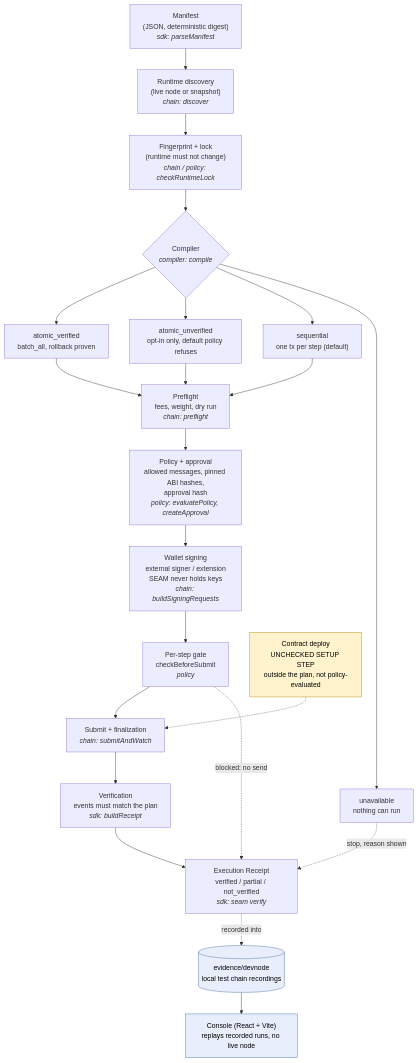
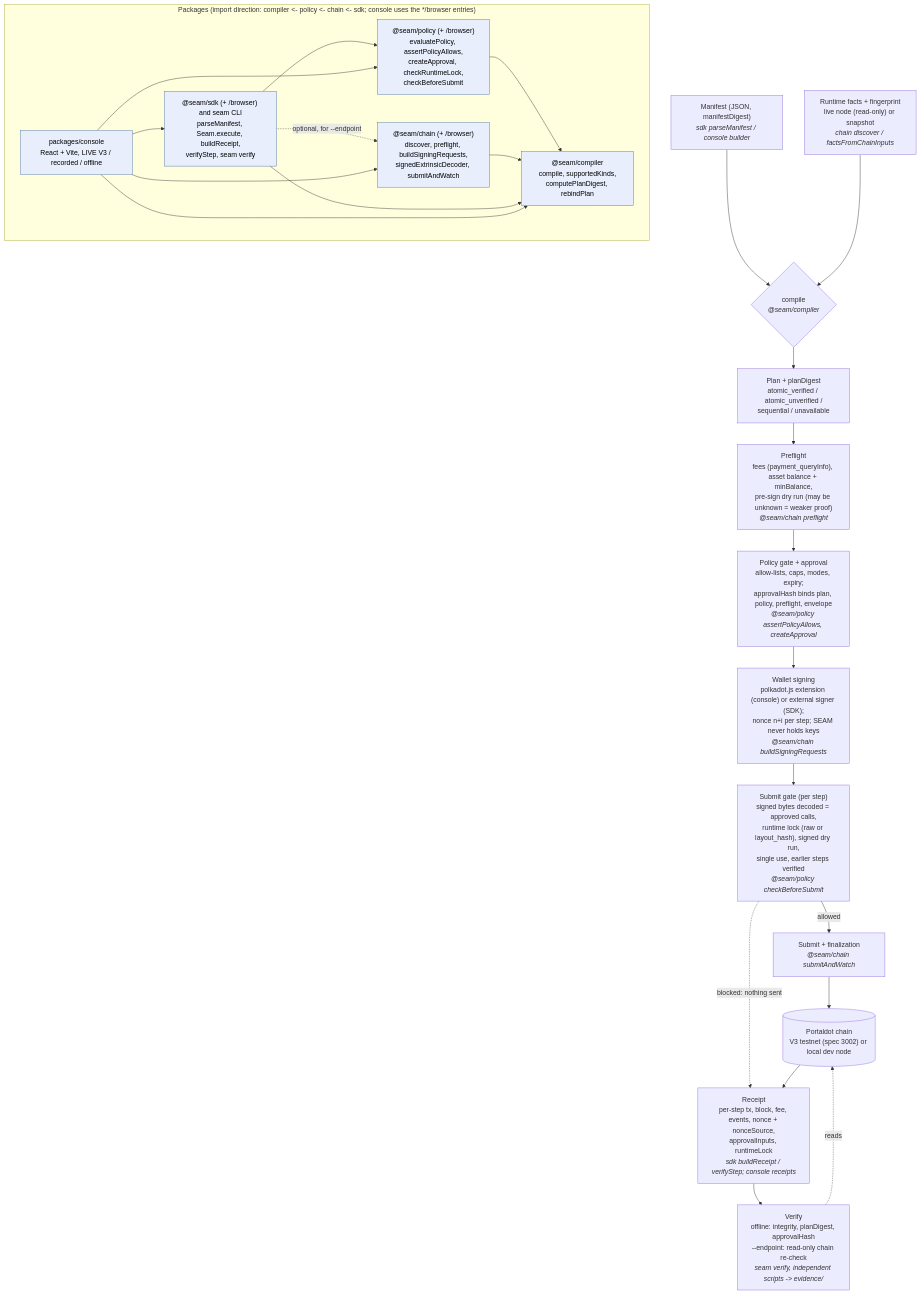
Before and after one commit to rishu4436/seam-portaldot: the diagram in docs/img/architecture.mmd, drawn with Mermaid. The commit also changed 13 other files, not shown here.

```diff
--- a/docs/img/architecture.mmd
+++ b/docs/img/architecture.mmd
@@ -1,33 +1,42 @@
 flowchart TB
-  M["Manifest<br/>(JSON, deterministic digest)<br/><i>sdk: parseManifest</i>"]
-  D["Runtime discovery<br/>(live node or snapshot)<br/><i>chain: discover</i>"]
-  F["Fingerprint + lock<br/>(runtime must not change)<br/><i>chain / policy: checkRuntimeLock</i>"]
-  C{"Compiler<br/><i>compiler: compile</i>"}
-  A1["atomic_verified<br/>batch_all, rollback proven"]
-  A2["atomic_unverified<br/>opt-in only, default policy refuses"]
-  A3["sequential<br/>one tx per step (default)"]
-  A4["unavailable<br/>nothing can run"]
-  P["Preflight<br/>fees, weight, dry run<br/><i>chain: preflight</i>"]
-  PO["Policy + approval<br/>allowed messages, pinned ABI hashes,<br/>approval hash<br/><i>policy: evaluatePolicy, createApproval</i>"]
-  W["Wallet signing<br/>external signer / extension<br/>SEAM never holds keys<br/><i>chain: buildSigningRequests</i>"]
-  G["Per-step gate<br/>checkBeforeSubmit<br/><i>policy</i>"]
-  S["Submit + finalization<br/><i>chain: submitAndWatch</i>"]
-  V["Verification<br/>events must match the plan<br/><i>sdk: buildReceipt</i>"]
-  R["Execution Receipt<br/>verified / partial / not_verified<br/><i>sdk: seam verify</i>"]
-  CON["Console (React + Vite)<br/>replays recorded runs, no live node"]
-  EV[("evidence/devnode<br/>local test chain recordings")]
-  SETUP["Contract deploy<br/>UNCHECKED SETUP STEP<br/>outside the plan, not policy-evaluated"]
+  subgraph PKG["Packages (import direction: compiler <- policy <- chain <- sdk; console uses the */browser entries)"]
+    direction LR
+    PC["@seam/compiler<br/>compile, supportedKinds,<br/>computePlanDigest, rebindPlan"]
+    PP["@seam/policy (+ /browser)<br/>evaluatePolicy, assertPolicyAllows,<br/>createApproval, checkRuntimeLock,<br/>checkBeforeSubmit"]
+    PH["@seam/chain (+ /browser)<br/>discover, preflight, buildSigningRequests,<br/>signedExtrinsicDecoder, submitAndWatch"]
+    PS["@seam/sdk (+ /browser) and seam CLI<br/>parseManifest, Seam.execute, buildReceipt,<br/>verifyStep, seam verify"]
+    PU["packages/console<br/>React + Vite, LIVE V3 / recorded / offline"]
+    PP --> PC
+    PH --> PC
+    PS --> PC
+    PS --> PP
+    PS -. "optional, for --endpoint" .-> PH
+    PU --> PC
+    PU --> PP
+    PU --> PH
+    PU --> PS
+  end
 
-  M --> D --> F --> C
-  C --> A1 & A2 & A3 & A4
-  A1 & A2 & A3 --> P --> PO --> W --> G --> S --> V --> R
-  A4 -. "stop, reason shown" .-> R
-  G -. "blocked: no send" .-> R
-  SETUP -.-> S
-  EV --> CON
-  R -. "recorded into" .-> EV
+  M["Manifest (JSON, manifestDigest)<br/><i>sdk parseManifest / console builder</i>"]
+  D["Runtime facts + fingerprint<br/>live node (read-only) or snapshot<br/><i>chain discover / factsFromChainInputs</i>"]
+  C{"compile<br/><i>@seam/compiler</i>"}
+  PL["Plan + planDigest<br/>atomic_verified / atomic_unverified /<br/>sequential / unavailable"]
+  P["Preflight<br/>fees (payment_queryInfo), asset balance + minBalance,<br/>pre-sign dry run (may be unknown = weaker proof)<br/><i>@seam/chain preflight</i>"]
+  PO["Policy gate + approval<br/>allow-lists, caps, modes, expiry;<br/>approvalHash binds plan, policy, preflight, envelope<br/><i>@seam/policy assertPolicyAllows, createApproval</i>"]
+  W["Wallet signing<br/>polkadot.js extension (console) or external signer (SDK);<br/>nonce n+i per step; SEAM never holds keys<br/><i>@seam/chain buildSigningRequests</i>"]
+  G["Submit gate (per step)<br/>signed bytes decoded = approved calls,<br/>runtime lock (raw or layout_hash), signed dry run,<br/>single use, earlier steps verified<br/><i>@seam/policy checkBeforeSubmit</i>"]
+  S["Submit + finalization<br/><i>@seam/chain submitAndWatch</i>"]
+  CH[("Portaldot chain<br/>V3 testnet (spec 3002) or local dev node")]
+  R["Receipt<br/>per-step tx, block, fee, events, nonce + nonceSource,<br/>approvalInputs, runtimeLock<br/><i>sdk buildReceipt / verifyStep; console receipts</i>"]
+  V["Verify<br/>offline: integrity, planDigest, approvalHash<br/>--endpoint: read-only chain re-check<br/><i>seam verify, independent scripts -> evidence/</i>"]
 
-  classDef warn fill:#fff3cd,stroke:#b58900,color:#000;
-  classDef store fill:#e8eefc,stroke:#4a6fa5,color:#000;
-  class SETUP warn;
-  class EV,CON store;
+  M --> C
+  D --> C
+  C --> PL --> P --> PO --> W --> G
+  G -- "allowed" --> S --> CH
+  G -. "blocked: nothing sent" .-> R
+  CH --> R --> V
+  V -. "reads" .-> CH
+
+  classDef pkg fill:#e8eefc,stroke:#4a6fa5,color:#000;
+  class PC,PP,PH,PS,PU pkg;
```
